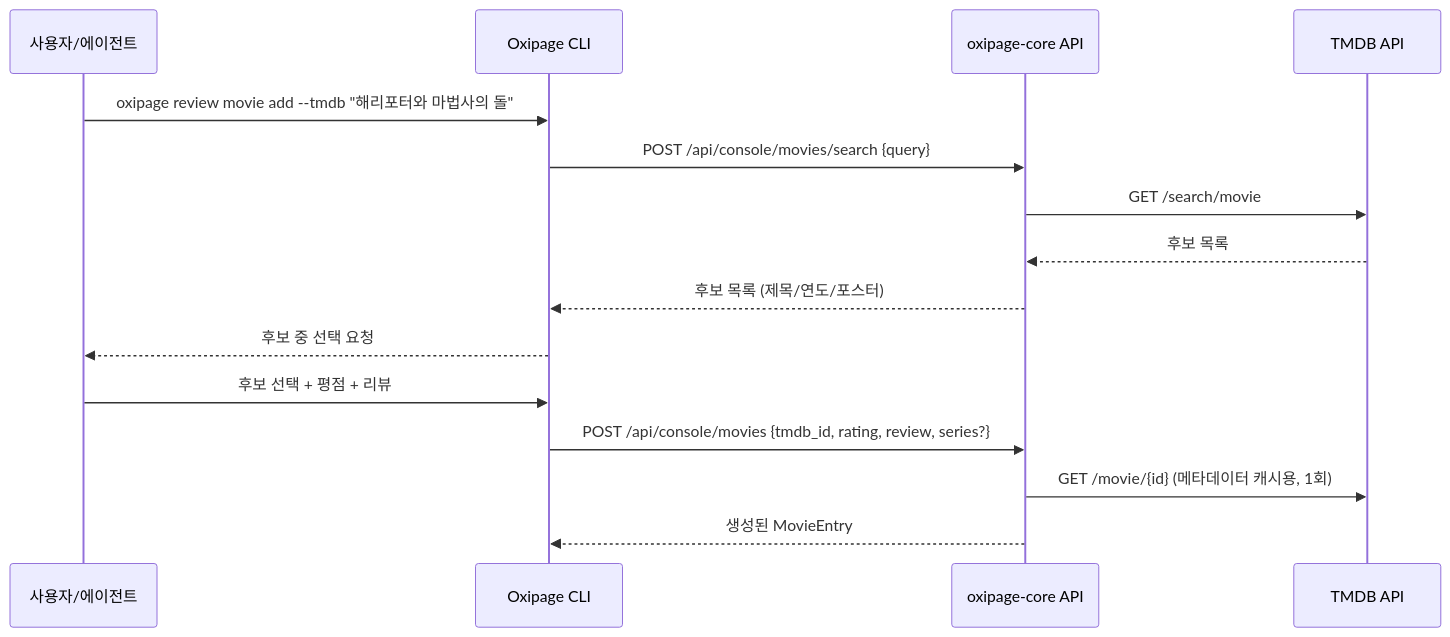
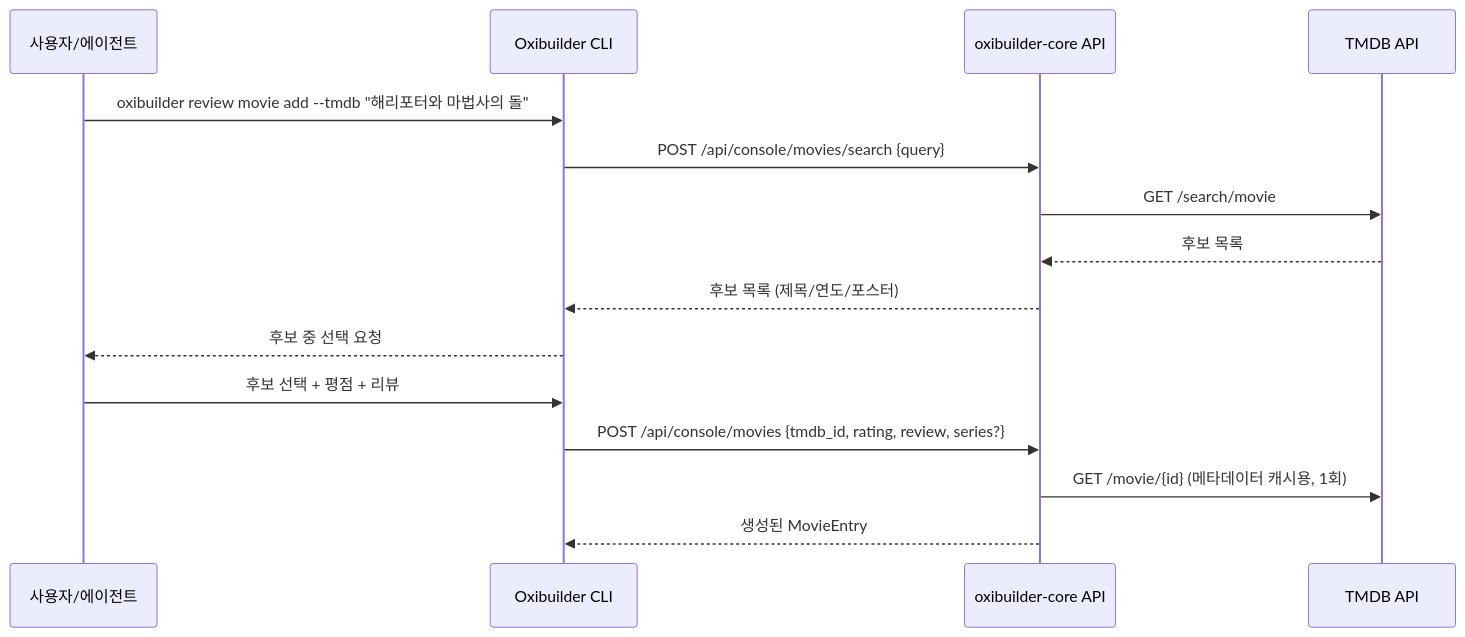
Before and after one commit to a7garden/oxipage: the second of 2 diagrams in doc/02-domain-model.md, drawn with Mermaid. The commit also changed other lines of this file and 399 other files, not shown here.

First line of the commit message:
refactor: rename oxipage → oxibuilder

````diff
--- a/doc/02-domain-model.md
+++ b/doc/02-domain-model.md
@@ -153,18 +153,18 @@
 ```mermaid
 sequenceDiagram
     participant U as 사용자/에이전트
-    participant CLI as Oxipage CLI
-    participant API as oxipage-core API
+    participant CLI as Oxibuilder CLI
+    participant API as oxibuilder-core API
     participant TMDB as TMDB API
 
-    U->>CLI: oxipage review movie add --tmdb "해리포터와 마법사의 돌"
+    U->>CLI: oxibuilder review movie add --tmdb "해리포터와 마법사의 돌"
     CLI->>API: POST /api/console/movies/search {query}
     API->>TMDB: GET /search/movie
     TMDB-->>API: 후보 목록
     API-->>CLI: 후보 목록 (제목/연도/포스터)
     CLI-->>U: 후보 중 선택 요청
     U->>CLI: 후보 선택 + 평점 + 리뷰
     CLI->>API: POST /api/console/movies {tmdb_id, rating, review, series?}
     API->>TMDB: GET /movie/{id} (메타데이터 캐시용, 1회)
     API-->>CLI: 생성된 MovieEntry
 ```
````
